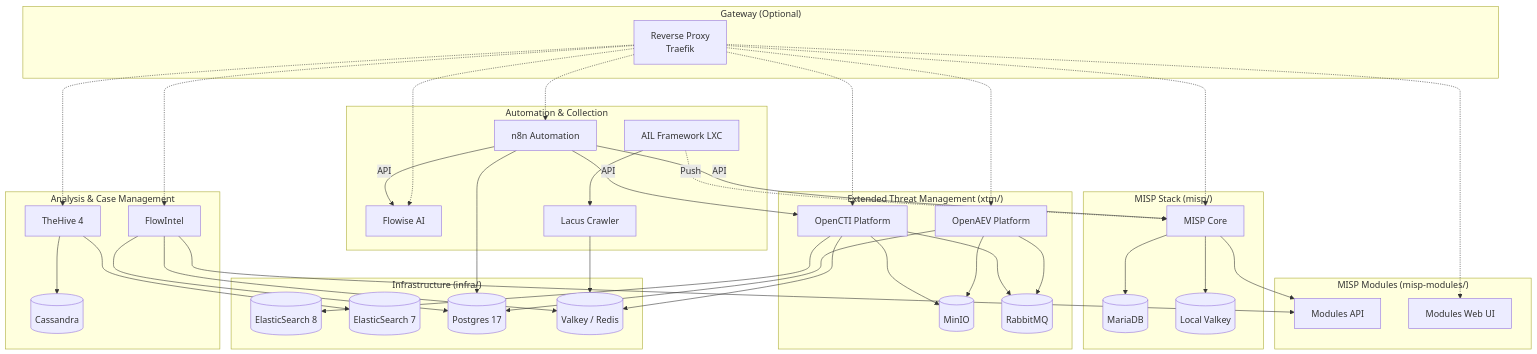
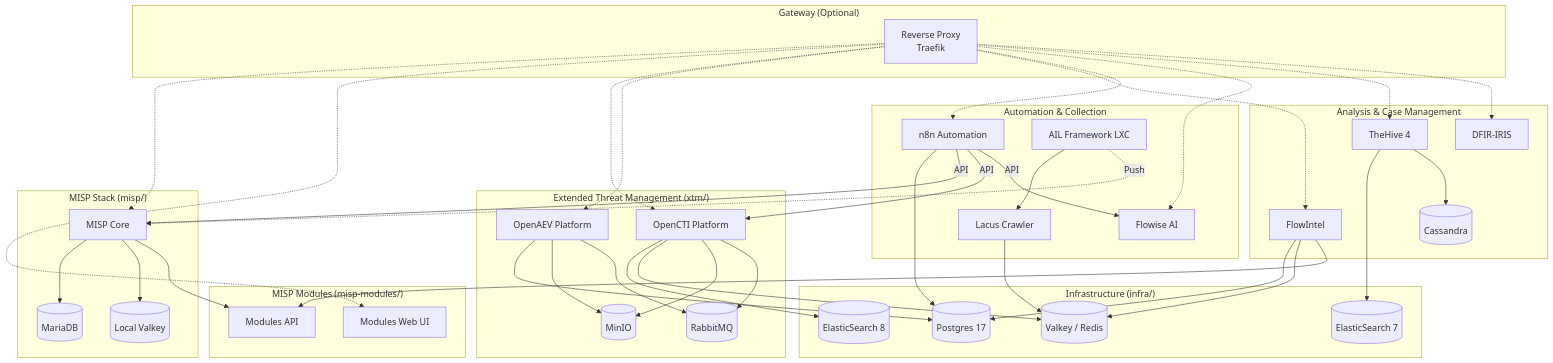
The diagram in README.md (JazenaYLA/threatlabs-cti-stack), drawn with Mermaid before and after one commit. The commit also changed other lines of this file and 76 other files, not shown here.

First line of the commit message:
feat: Add DFIR-IRIS stack and resolve cross-stack integrations

````diff
--- a/README.md
+++ b/README.md
@@ -9,66 +9,67 @@
 ```mermaid
     graph TD
 
     subgraph "Gateway (Optional)"
         Proxy[Reverse Proxy<br/>Traefik]
     end
 
     subgraph "Infrastructure (infra/)"
         ES8[(ElasticSearch 8)]
         ES7[(ElasticSearch 7)]
         Postgres[(Postgres 17)]
         Valkey[(Valkey / Redis)]
     end
 
     subgraph "MISP Stack (misp/)"
         MISP[MISP Core]
         MISPDB[(MariaDB)]
         MISPCache[(Local Valkey)]
     end
 
     subgraph "MISP Modules (misp-modules/)"
         Modules[Modules API]
         ModulesWeb[Modules Web UI]
     end
 
     subgraph "Extended Threat Management (xtm/)"
         OpenCTI[OpenCTI Platform]
         OpenAEV[OpenAEV Platform]
         XTMMinIO[(MinIO)]
         XTMRabbit[(RabbitMQ)]
     end
 
     subgraph "Analysis & Case Management"
         FlowIntel[FlowIntel]
         TheHive[TheHive 4]
         Cassandra[(Cassandra)]
+        IRIS[DFIR-IRIS]
     end
 
     subgraph "Automation & Collection"
         n8n[n8n Automation]
         Flowise[Flowise AI]
         Lacus[Lacus Crawler]
         AIL[AIL Framework LXC]
     end
 
     %% Infrastructure Dependencies
     OpenCTI --> ES8
     TheHive --> ES7
     
     OpenAEV & FlowIntel & n8n --> Postgres
     OpenCTI & FlowIntel & Lacus --> Valkey
 
     %% Local Stack Dependencies
     MISP --> MISPDB & MISPCache
     TheHive --> Cassandra
     OpenCTI & OpenAEV --> XTMMinIO & XTMRabbit
 
     %% Integrations
     MISP & FlowIntel --> Modules
     AIL --> Lacus
     AIL -.->|Push| MISP
     n8n -->|API| MISP & OpenCTI & Flowise
     
     %% Gateway Routing
-    Proxy -.-> MISP & ModulesWeb & OpenCTI & OpenAEV & FlowIntel & n8n & Flowise & TheHive
+    Proxy -.-> MISP & ModulesWeb & OpenCTI & OpenAEV & FlowIntel & n8n & Flowise & TheHive & IRIS
 ```
````
